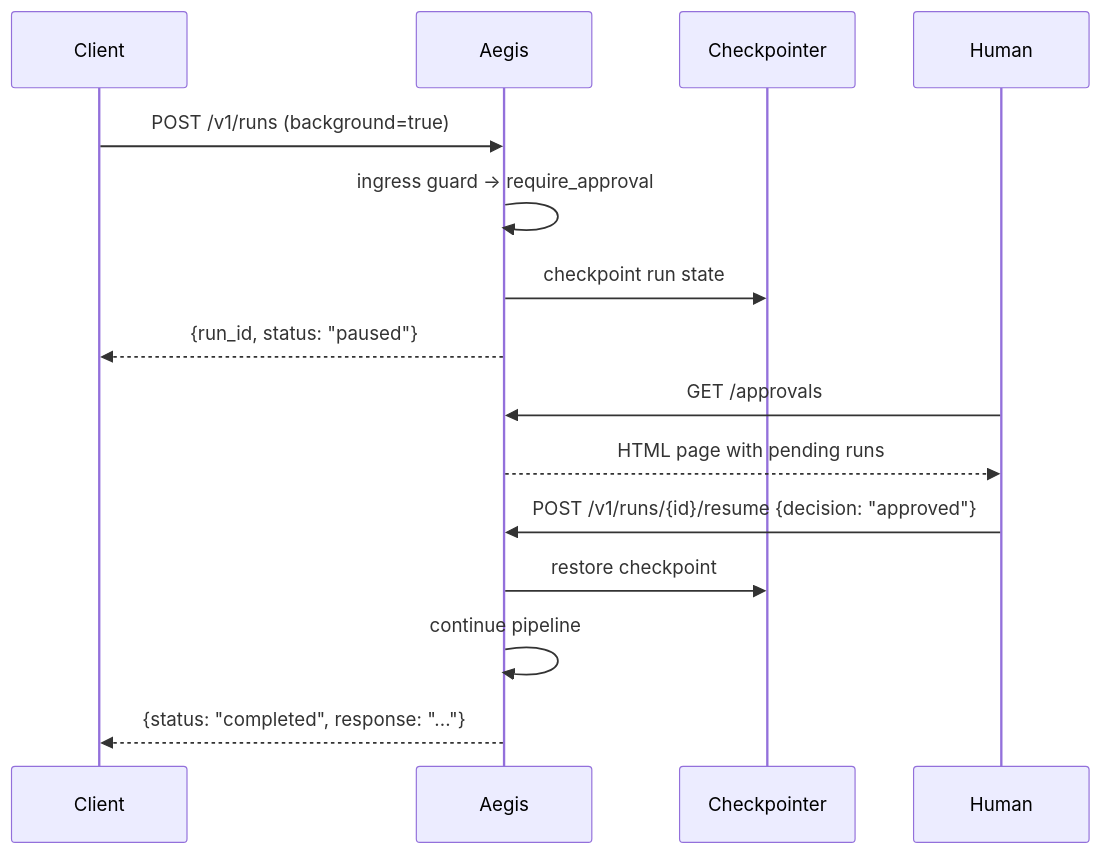
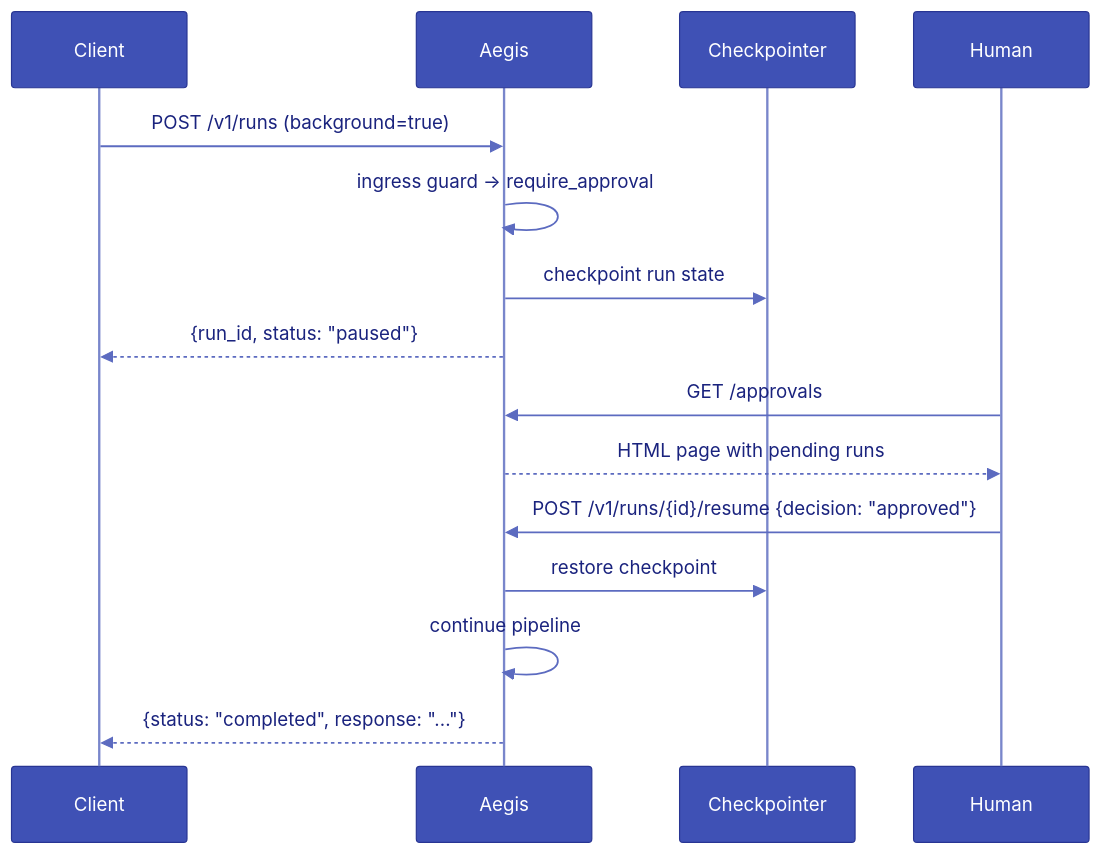
Before and after one commit to e-choness/aegis: the diagram in docs/how-to/hitl-approvals.md, drawn with Mermaid. The commit also changed 11 other files, not shown here.

Commit message:
chore: mermaid color scheme fix, README update, lint error fixes

````diff
--- a/docs/how-to/hitl-approvals.md
+++ b/docs/how-to/hitl-approvals.md
@@ -8,19 +8,20 @@
 ```mermaid
+%%{init: {'theme': 'base', 'themeVariables': {'background': 'transparent', 'primaryColor': '#3f51b5', 'primaryTextColor': '#ffffff', 'primaryBorderColor': '#283593', 'lineColor': '#7986cb', 'actorBkg': '#3f51b5', 'actorTextColor': '#ffffff', 'actorBorder': '#283593', 'actorLineColor': '#7986cb', 'signalColor': '#5c6bc0', 'signalTextColor': '#1a237e', 'noteBkgColor': '#e8eaf6', 'noteTextColor': '#1a237e', 'edgeLabelBackground': '#e8eaf6'}}}%%
 sequenceDiagram
     participant C as Client
     participant A as Aegis
     participant DB as Checkpointer
     participant H as Human
 
     C->>A: POST /v1/runs (background=true)
     A->>A: ingress guard → require_approval
     A->>DB: checkpoint run state
     A-->>C: {run_id, status: "paused"}
 
     H->>A: GET /approvals
     A-->>H: HTML page with pending runs
     H->>A: POST /v1/runs/{id}/resume {decision: "approved"}
     A->>DB: restore checkpoint
     A->>A: continue pipeline
     A-->>C: {status: "completed", response: "..."}
 ```
````
